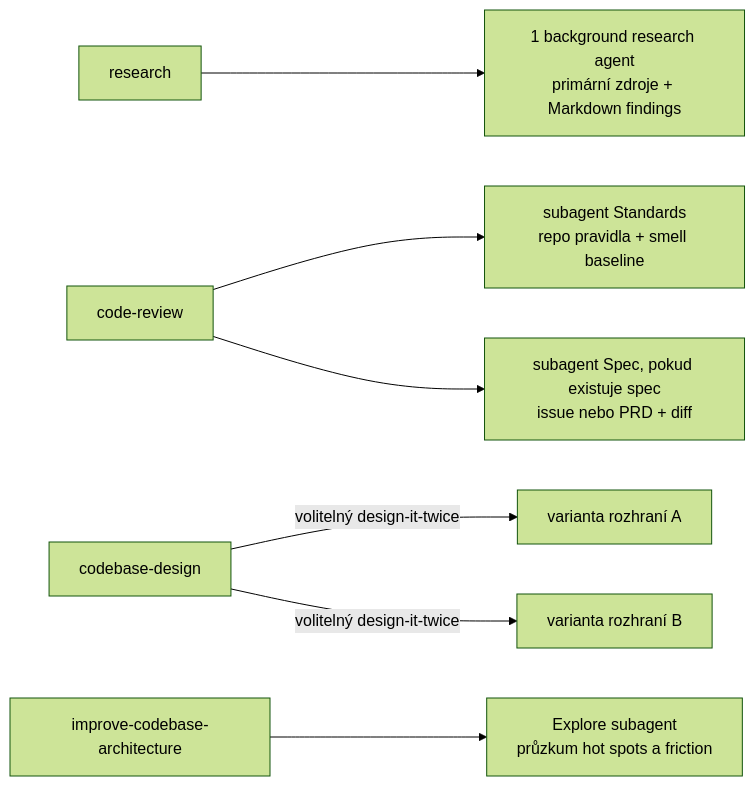
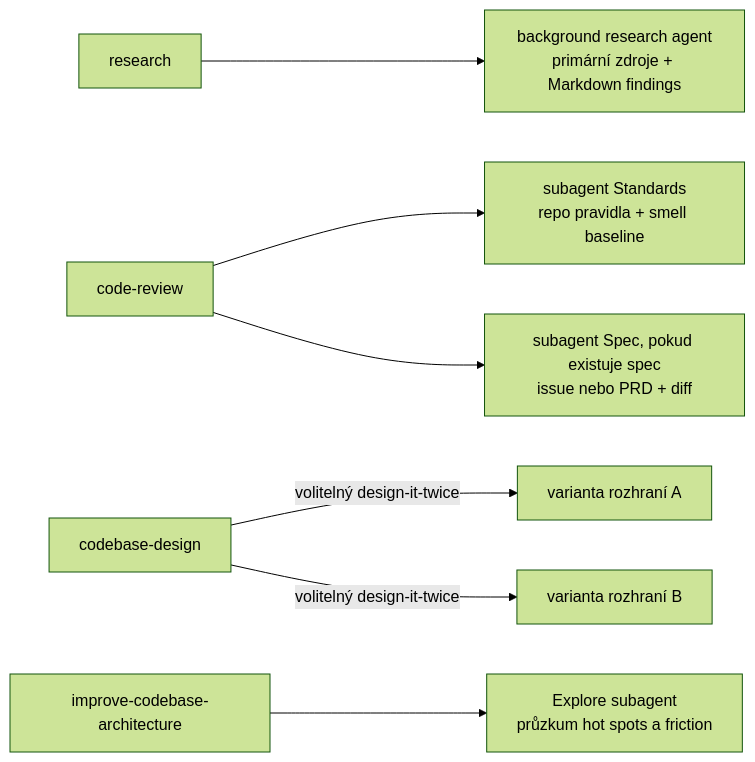
The fifth of 9 diagrams in docs/knowledge/matt-pocock/matt-pocock-skills-kompletni-mapa.md (MartiXDev/skills), drawn with Mermaid (forest theme) before and after one commit. The commit also changed other lines of this file and 75 other files, not shown here.

````diff
--- a/docs/knowledge/matt-pocock/matt-pocock-skills-kompletni-mapa.md
+++ b/docs/knowledge/matt-pocock/matt-pocock-skills-kompletni-mapa.md
@@ -307,9 +318,9 @@
 ```mermaid
 flowchart LR
-    RESEARCH["research"] --> RA["1 background research agent<br/>primární zdroje + Markdown findings"]
+    RESEARCH["research"] --> RA["background research agent<br/>primární zdroje + Markdown findings"]
     REVIEW["code-review"] --> SA["subagent Standards<br/>repo pravidla + smell baseline"]
     REVIEW --> SP["subagent Spec, pokud existuje spec<br/>issue nebo PRD + diff"]
     DESIGN["codebase-design"] -->|volitelný design-it-twice| D1[varianta rozhraní A]
     DESIGN -->|volitelný design-it-twice| D2[varianta rozhraní B]
     ARCH["improve-codebase-architecture"] --> EX["Explore subagent<br/>průzkum hot spots a friction"]
 ```
````
